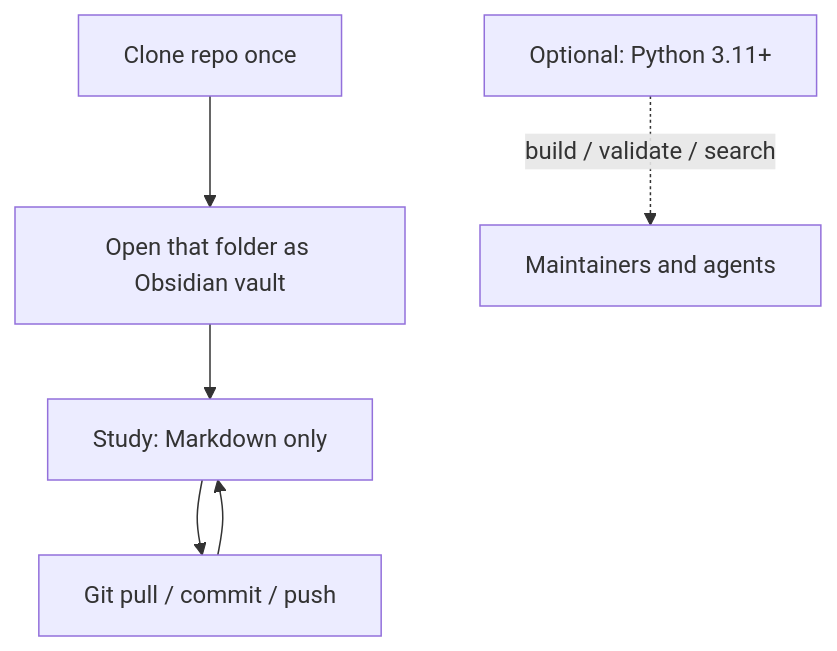
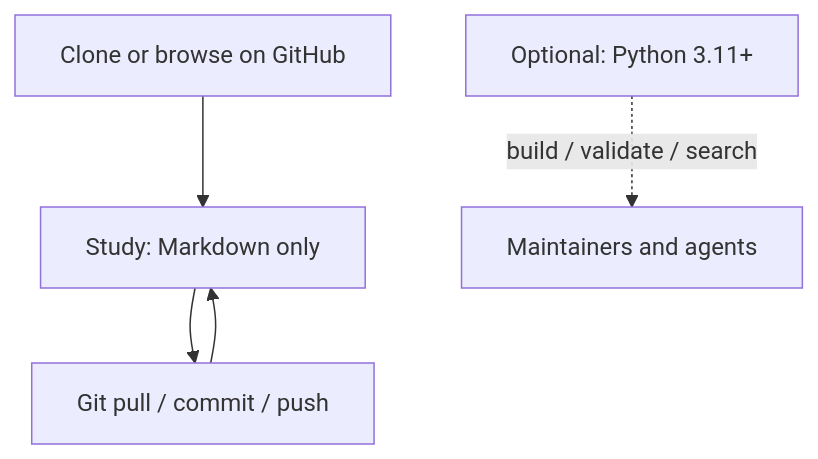
The seventh of 8 diagrams in docs/OVERVIEW.md (brickwalllegend2000/dutch-study), drawn with Mermaid before and after one commit. The commit also changed other lines of this file and 21 other files, not shown here.

First line of the commit message:
chore: remove Obsidian; make library GitHub-first

````diff
--- a/docs/OVERVIEW.md
+++ b/docs/OVERVIEW.md
@@ -256,8 +256,7 @@
 ```mermaid
 flowchart TD
-  A["Clone repo once"] --> B["Open that folder as Obsidian vault"]
-  B --> C["Study: Markdown only"]
-  C --> D["Git pull / commit / push"]
-  D --> C
-  E["Optional: Python 3.11+"] -.->|build / validate / search| F["Maintainers and agents"]
+  A["Clone or browse on GitHub"] --> B["Study: Markdown only"]
+  B --> C["Git pull / commit / push"]
+  C --> B
+  D["Optional: Python 3.11+"] -.->|build / validate / search| E["Maintainers and agents"]
 ```
````
